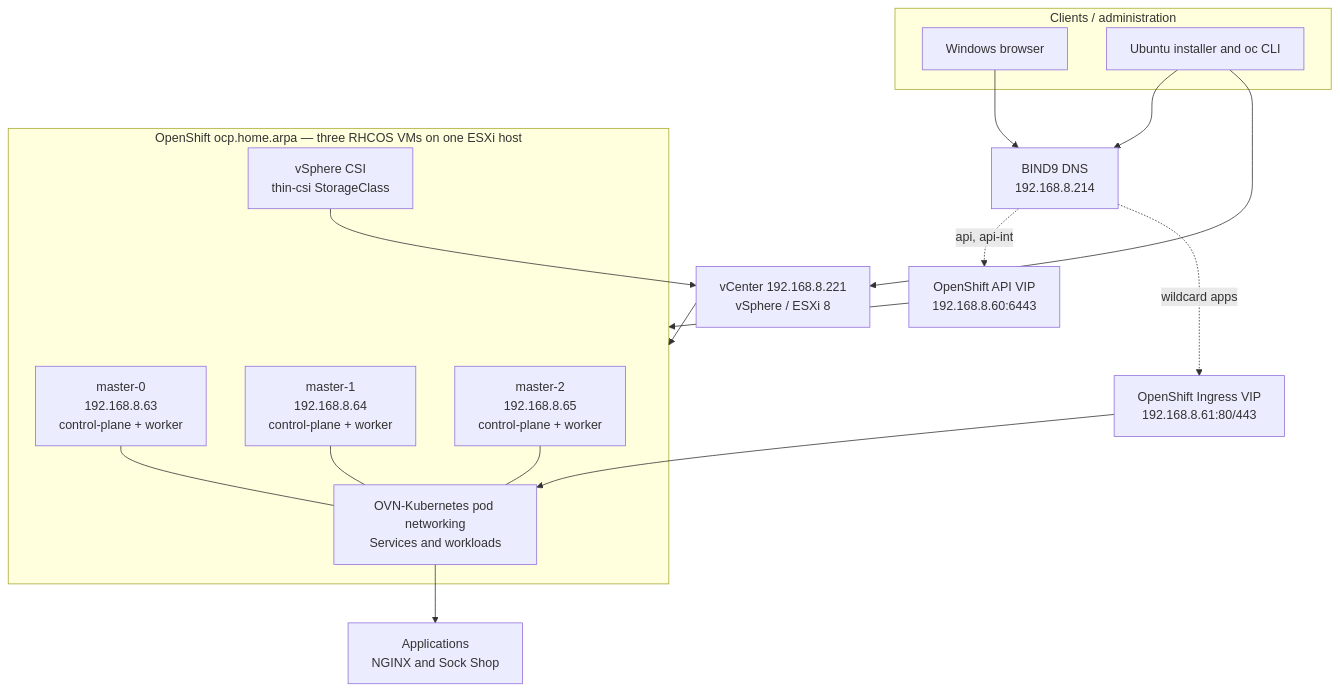
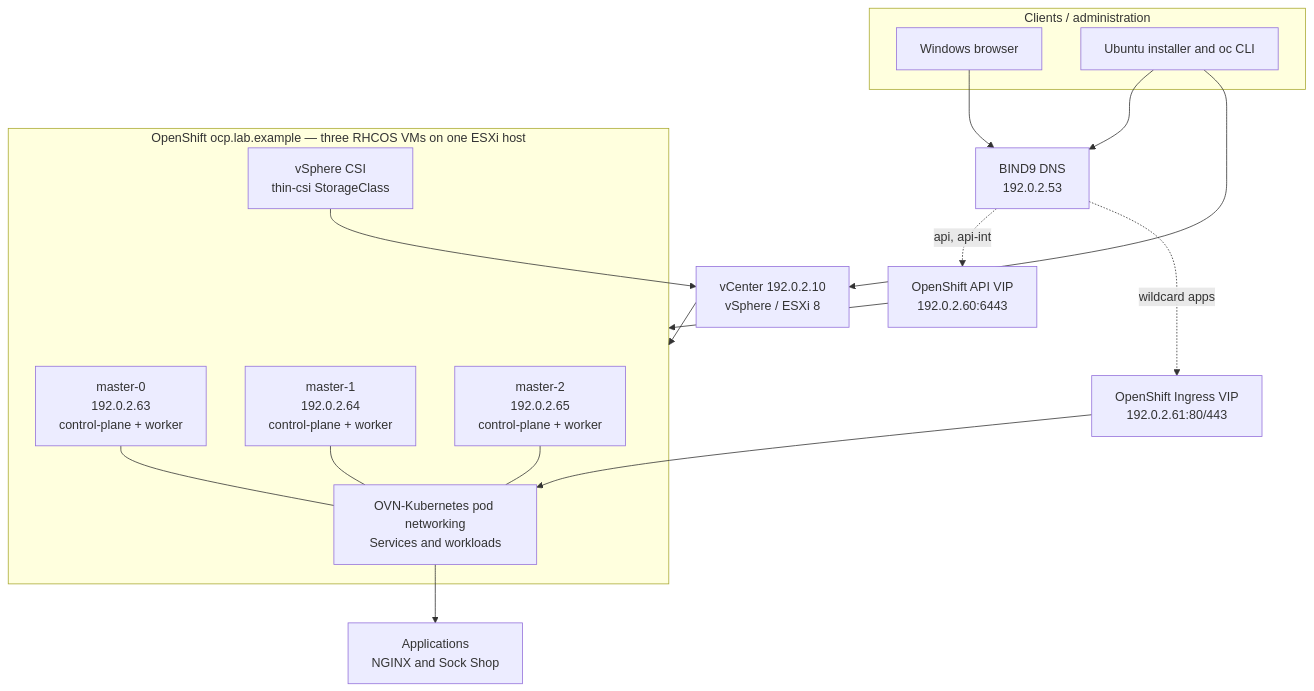
Before and after one commit to MahesanT/Openshift-on-VMware: the diagram in docs/HLD_OpenShift_on_VMware.md, drawn with Mermaid. The commit also changed other lines of this file, not shown here.

Commit message:
Anonymize public OpenShift lab network and infrastructure identifiers

````diff
--- a/docs/HLD_OpenShift_on_VMware.md
+++ b/docs/HLD_OpenShift_on_VMware.md
@@ -30,32 +32,32 @@
 ```mermaid
 flowchart TB
   subgraph Clients[Clients / administration]
     W[Windows browser]
     U[Ubuntu installer and oc CLI]
   end
-  D[BIND9 DNS\n192.168.8.214]
-  V[vCenter 192.168.8.221\nvSphere / ESXi 8]
-  API[OpenShift API VIP\n192.168.8.60:6443]
-  ING[OpenShift Ingress VIP\n192.168.8.61:80/443]
-  subgraph Cluster[OpenShift ocp.home.arpa — three RHCOS VMs on one ESXi host]
-    M0[master-0\n192.168.8.63\ncontrol-plane + worker]
-    M1[master-1\n192.168.8.64\ncontrol-plane + worker]
-    M2[master-2\n192.168.8.65\ncontrol-plane + worker]
+  D[BIND9 DNS\n192.0.2.53]
+  V[vCenter 192.0.2.10\nvSphere / ESXi 8]
+  API[OpenShift API VIP\n192.0.2.60:6443]
+  ING[OpenShift Ingress VIP\n192.0.2.61:80/443]
+  subgraph Cluster[OpenShift ocp.lab.example — three RHCOS VMs on one ESXi host]
+    M0[master-0\n192.0.2.63\ncontrol-plane + worker]
+    M1[master-1\n192.0.2.64\ncontrol-plane + worker]
+    M2[master-2\n192.0.2.65\ncontrol-plane + worker]
     POD[OVN-Kubernetes pod networking\nServices and workloads]
     CSI[vSphere CSI\nthin-csi StorageClass]
   end
   APPS[Applications\nNGINX and Sock Shop]
   W --> D
   U --> D
   D -. api, api-int .-> API
   D -. wildcard apps .-> ING
   U --> V
   V --> Cluster
   API --> Cluster
   ING --> POD
   M0 --- POD
   M1 --- POD
   M2 --- POD
   POD --> APPS
   CSI --> V
 ```
````
